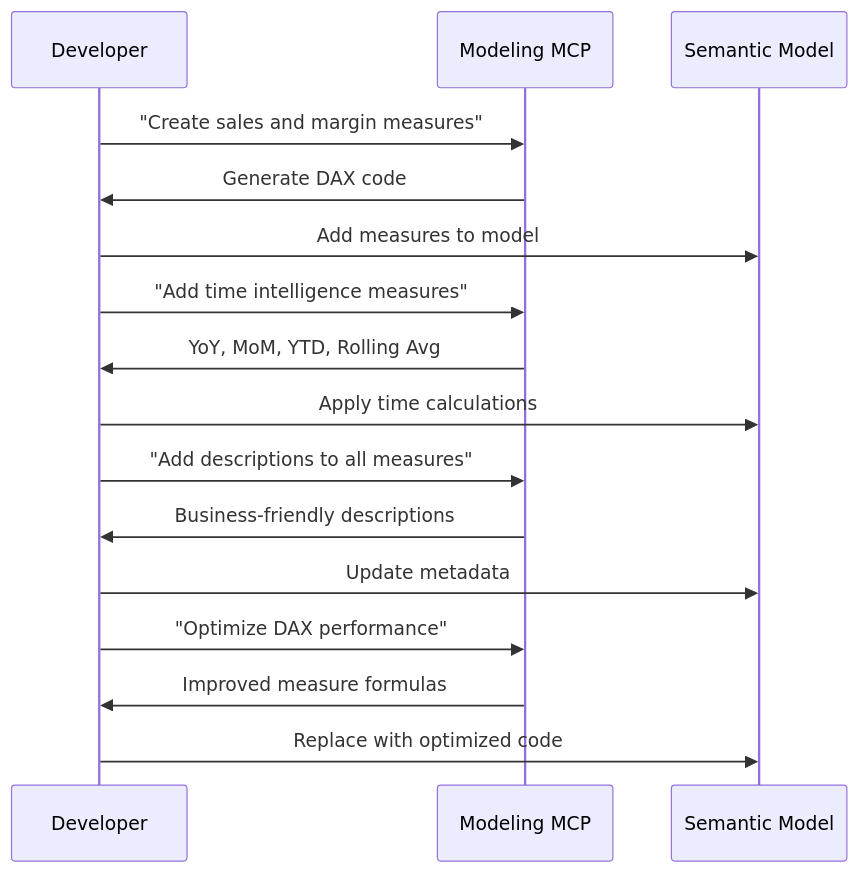
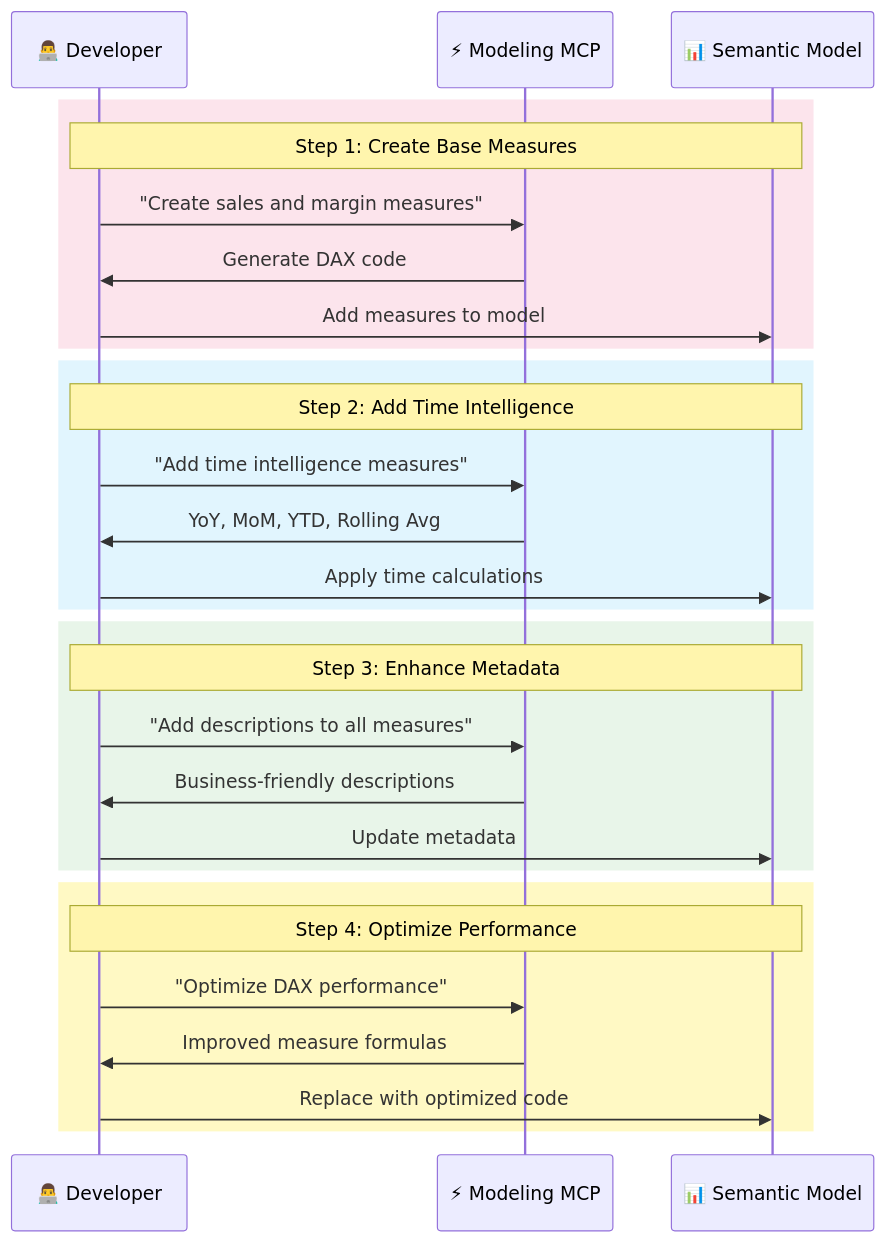
The third of 6 diagrams in 02-Architecture/Lab-03-Architecture.md (shantha05/2026-SQL-Saturday-Atlanta-AI-BI-PreCon), drawn with Mermaid before and after one commit. The commit also changed other lines of this file and 2 other files, not shown here.

Commit message:
Updated Architecture Diagrams

````diff
--- a/02-Architecture/Lab-03-Architecture.md
+++ b/02-Architecture/Lab-03-Architecture.md
@@ -105,22 +140,34 @@
 ```mermaid
 sequenceDiagram
-    participant Dev as Developer
-    participant MCP as Modeling MCP
-    participant Model as Semantic Model
+    participant Dev as 👨‍💻 Developer
+    participant MCP as ⚡ Modeling MCP
+    participant Model as 📊 Semantic Model
     
-    Dev->>MCP: "Create sales and margin measures"
-    MCP->>Dev: Generate DAX code
-    Dev->>Model: Add measures to model
+    rect rgb(252, 228, 236)
+        Note over Dev,Model: Step 1: Create Base Measures
+        Dev->>MCP: "Create sales and margin measures"
+        MCP->>Dev: Generate DAX code
+        Dev->>Model: Add measures to model
+    end
     
-    Dev->>MCP: "Add time intelligence measures"
-    MCP->>Dev: YoY, MoM, YTD, Rolling Avg
-    Dev->>Model: Apply time calculations
+    rect rgb(225, 245, 254)
+        Note over Dev,Model: Step 2: Add Time Intelligence
+        Dev->>MCP: "Add time intelligence measures"
+        MCP->>Dev: YoY, MoM, YTD, Rolling Avg
+        Dev->>Model: Apply time calculations
+    end
     
-    Dev->>MCP: "Add descriptions to all measures"
-    MCP->>Dev: Business-friendly descriptions
-    Dev->>Model: Update metadata
+    rect rgb(232, 245, 233)
+        Note over Dev,Model: Step 3: Enhance Metadata
+        Dev->>MCP: "Add descriptions to all measures"
+        MCP->>Dev: Business-friendly descriptions
+        Dev->>Model: Update metadata
+    end
     
-    Dev->>MCP: "Optimize DAX performance"
-    MCP->>Dev: Improved measure formulas
-    Dev->>Model: Replace with optimized code
+    rect rgb(255, 249, 196)
+        Note over Dev,Model: Step 4: Optimize Performance
+        Dev->>MCP: "Optimize DAX performance"
+        MCP->>Dev: Improved measure formulas
+        Dev->>Model: Replace with optimized code
+    end
 ```
````
